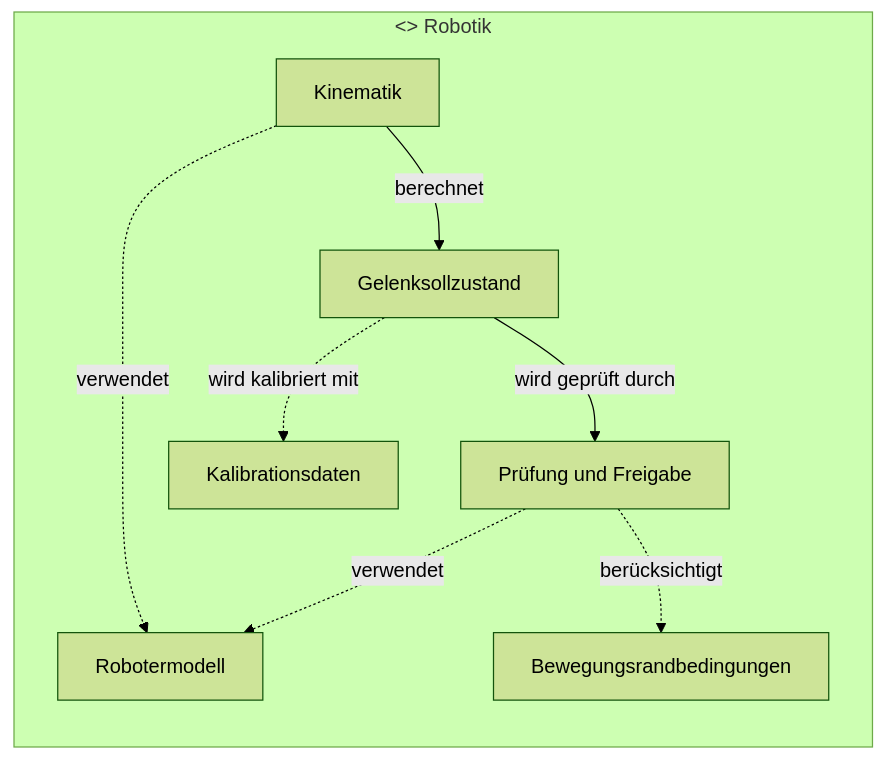
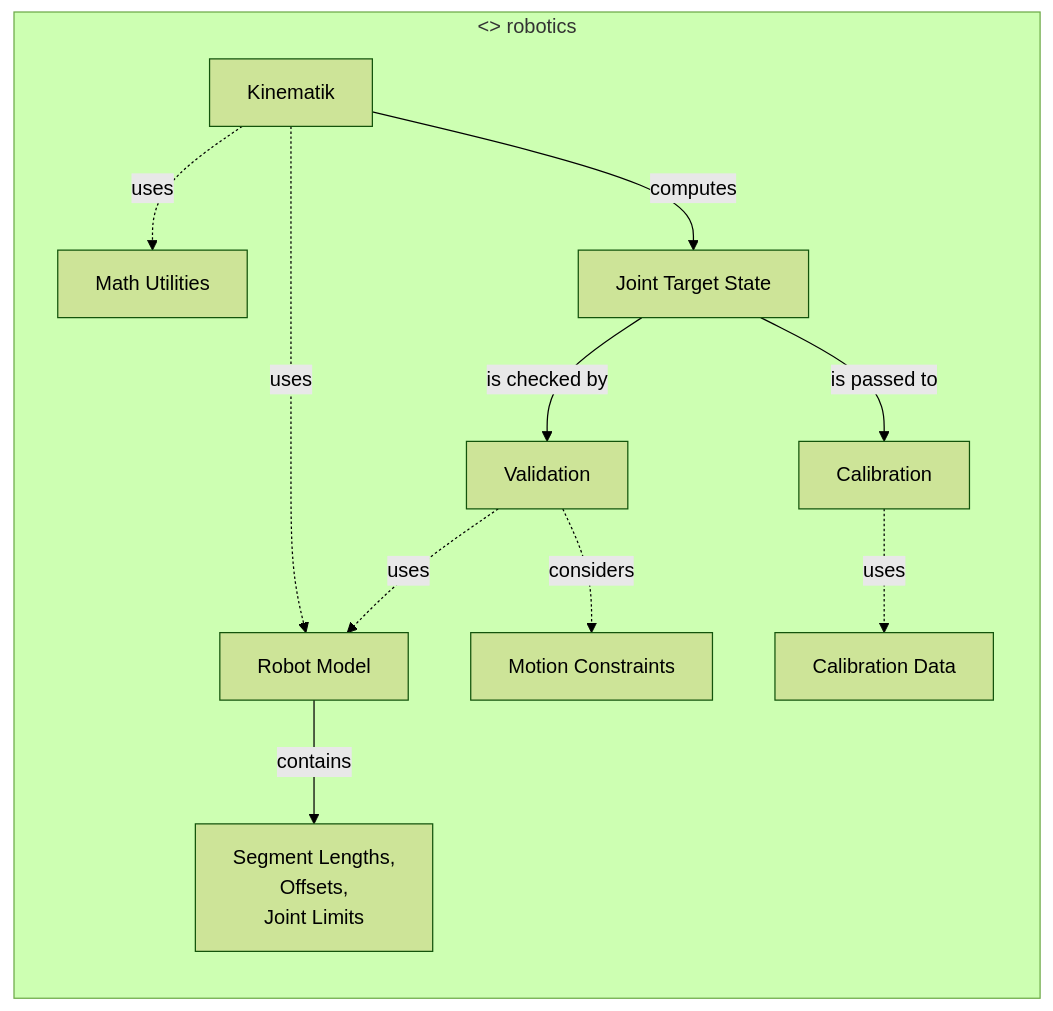
The fourth of 7 diagrams in doc/projektbeschreibung.md (butz1999/inverse_kinematik), drawn with Mermaid (forest theme) before and after one commit. The commit also changed other lines of this file, not shown here.

````diff
--- a/doc/projektbeschreibung.md
+++ b/doc/projektbeschreibung.md
@@ -393,18 +399,24 @@
 ```mermaid
 flowchart LR
-    subgraph ROB["<<component>> Robotik"]
+    subgraph ROB["<<component>> robotics"]
         C1[Kinematik]
-        C2[Prüfung und Freigabe]
-        C3[Robotermodell]
-        C4[Kalibrationsdaten]
-        C5[Bewegungsrandbedingungen]
-        C6[Gelenksollzustand]
+        C2[Validation]
+        C3[Robot Model]
+        C4[Calibration Data]
+        C5[Motion Constraints]
+        C6[Joint Target State]
+        C7[Calibration]
+        C8[Math Utilities]
+        C9[Segment Lengths,\nOffsets,\nJoint Limits]
 
-        C1 -.->|verwendet| C3
-        C2 -.->|verwendet| C3
-        C2 -.->|berücksichtigt| C5
-        C1 -->|berechnet| C6
-        C6 -->|wird geprüft durch| C2
-        C6 -.->|wird kalibriert mit| C4
+        C1 -.->|uses| C3
+        C1 -.->|uses| C8
+        C2 -.->|uses| C3
+        C2 -.->|considers| C5
+        C3 -->|contains| C9
+        C1 -->|computes| C6
+        C6 -->|is checked by| C2
+        C7 -.->|uses| C4
+        C6 -->|is passed to| C7
     end
 ```
````
